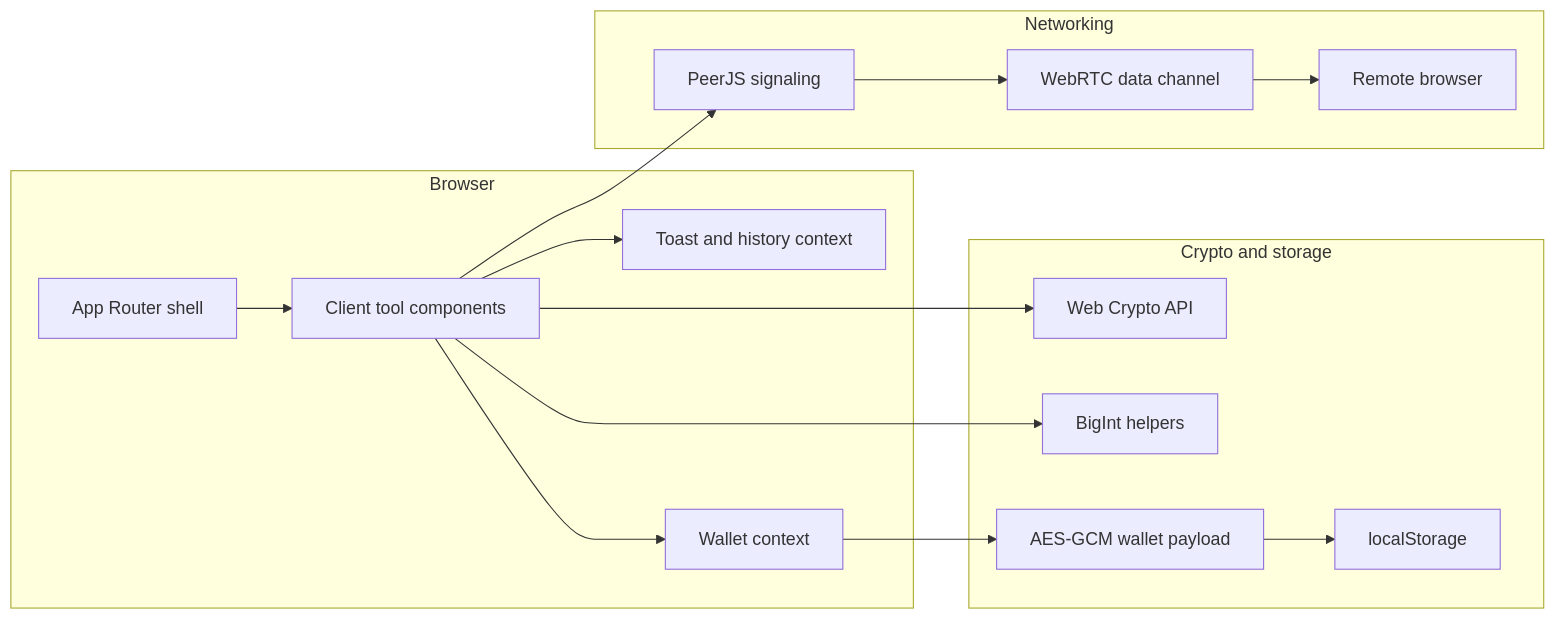
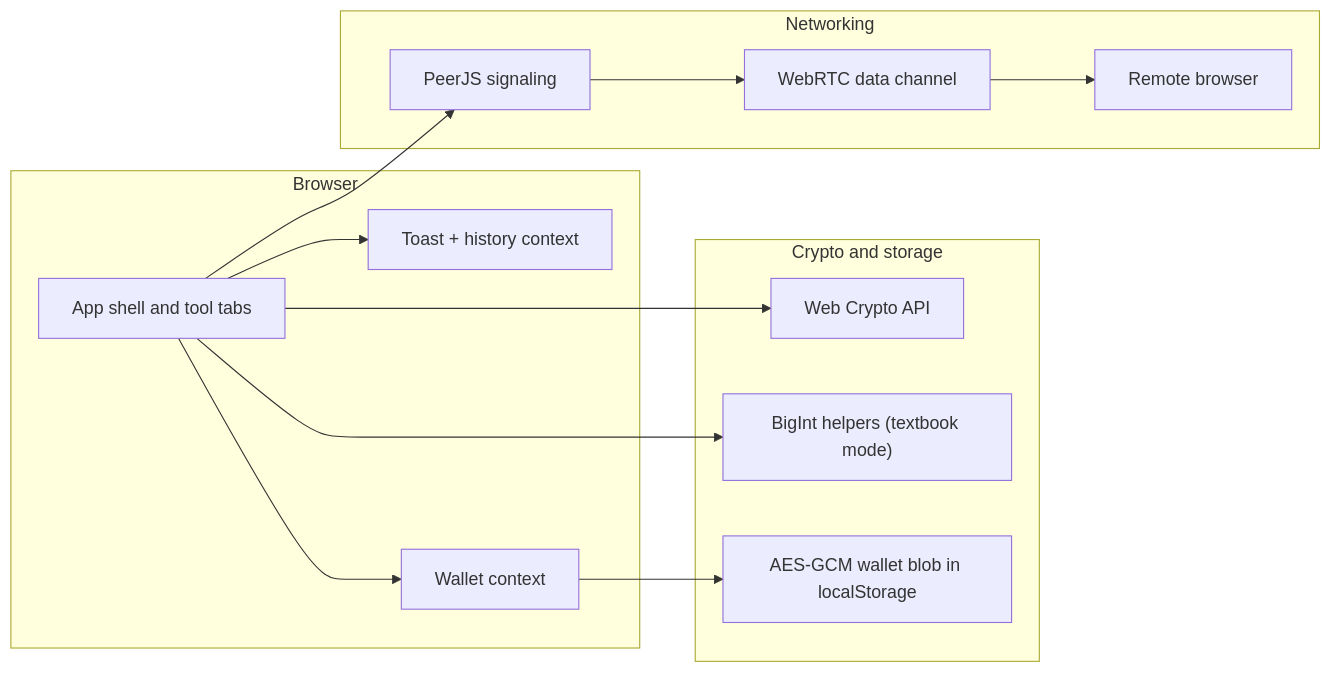
One commit to rsvptr/crypticcomm changed the first of 2 diagrams in README.md. Above: the diagram before and after it, drawn with Mermaid. The commit also changed other lines of this file and 30 other files, not shown here.

````diff
--- a/README.md
+++ b/README.md
@@ -113,33 +40,29 @@
 ```mermaid
 flowchart LR
     subgraph Browser
-        A1["App Router shell"]
-        A2["Client tool components"]
-        A3["Toast and history context"]
-        A4["Wallet context"]
+        A1["App shell and tool tabs"]
+        A2["Toast + history context"]
+        A3["Wallet context"]
     end
 
     subgraph Crypto and storage
         B1["Web Crypto API"]
-        B2["BigInt helpers"]
-        B3["AES-GCM wallet payload"]
-        B4["localStorage"]
+        B2["BigInt helpers (textbook mode)"]
+        B3["AES-GCM wallet blob in localStorage"]
     end
 
     subgraph Networking
         C1["PeerJS signaling"]
         C2["WebRTC data channel"]
         C3["Remote browser"]
     end
 
     A1 --> A2
-    A2 --> A3
-    A2 --> A4
-    A2 --> B1
-    A2 --> B2
-    A4 --> B3
-    B3 --> B4
-    A2 --> C1
+    A1 --> A3
+    A1 --> B1
+    A1 --> B2
+    A3 --> B3
+    A1 --> C1
     C1 --> C2
     C2 --> C3
 ```
````
